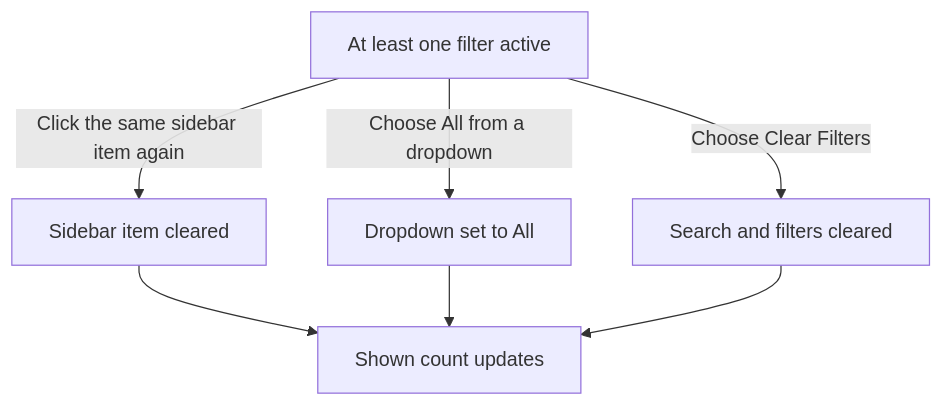
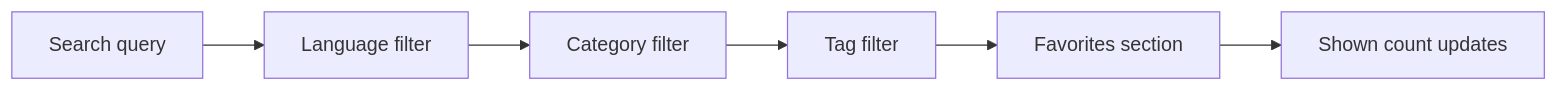
One commit to Mohita111/API2 changed the diagram in api2-documentation/plan_2026-11-02_f8890e/user-facing-docs/search-and-filter.md. Above: the diagram before and after it, drawn with Mermaid. The commit also changed other lines of this file and 12 other files, not shown here.

````diff
--- a/api2-documentation/plan_2026-11-02_f8890e/user-facing-docs/search-and-filter.md
+++ b/api2-documentation/plan_2026-11-02_f8890e/user-facing-docs/search-and-filter.md
@@ -65,9 +38,8 @@
 ```mermaid
-graph TD
-    A[At least one filter active] -->|Click the same sidebar item again| B[Sidebar item cleared]
-    A -->|Choose All from a dropdown| C[Dropdown set to All]
-    A -->|Choose Clear Filters| D[Search and filters cleared]
-    B --> E[Shown count updates]
-    C --> E
-    D --> E
+graph LR
+A[Search query] --> B[Language filter]
+B --> C[Category filter]
+C --> D[Tag filter]
+D --> E[Favorites section]
+E --> F[Shown count updates]
 ```
````
